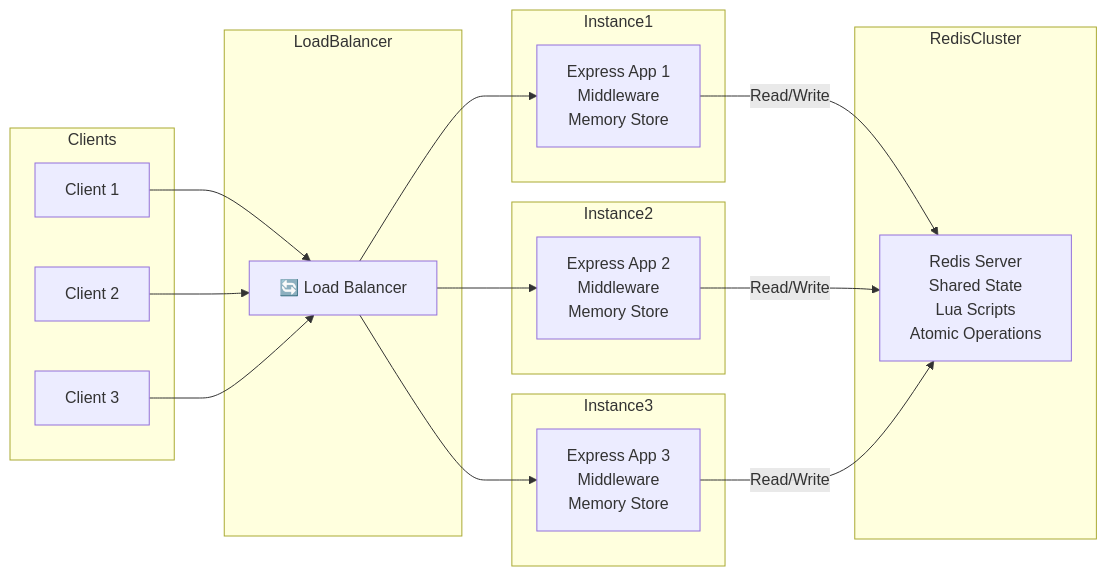
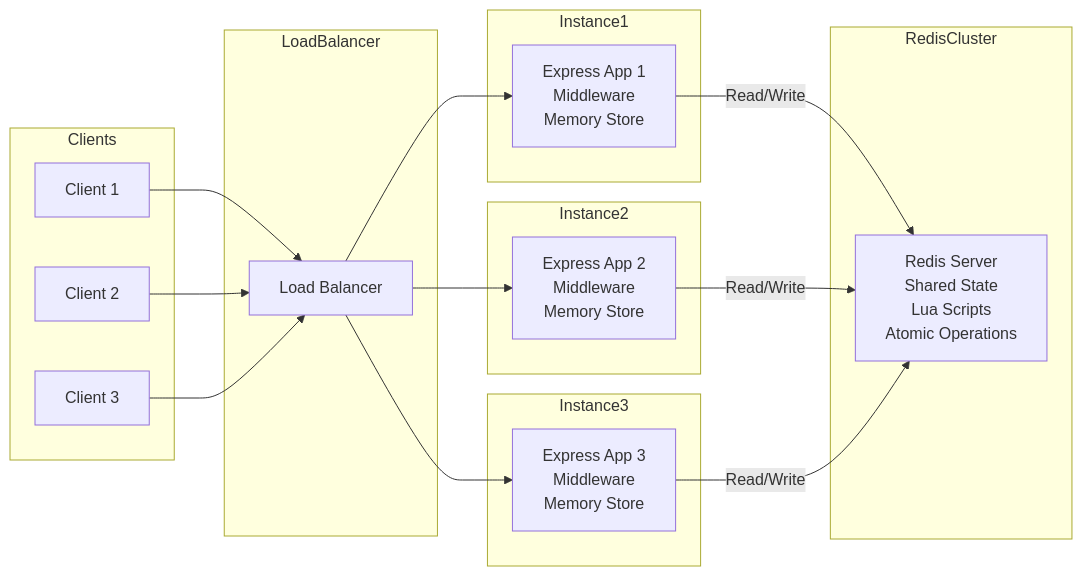
The third of 7 diagrams in diagrams.md (TallamGilbert/rate-limiter-middleware), drawn with Mermaid before and after one commit. The commit also changed other lines of this file, not shown here.

Commit message:
control flow diagram

````diff
--- a/diagrams.md
+++ b/diagrams.md
@@ -47,40 +47,40 @@
 ```mermaid
 flowchart LR
     subgraph Clients
         C1[Client 1]
         C2[Client 2]
         C3[Client 3]
     end
 
     subgraph LoadBalancer
-        LB[🔄 Load Balancer]
+        LB[ Load Balancer]
     end
 
     subgraph Instance1
         I1[Express App 1<br/>Middleware<br/>Memory Store]
     end
 
     subgraph Instance2
         I2[Express App 2<br/>Middleware<br/>Memory Store]
     end
 
     subgraph Instance3
         I3[Express App 3<br/>Middleware<br/>Memory Store]
     end
 
     subgraph RedisCluster
         R[Redis Server<br/>Shared State<br/>Lua Scripts<br/>Atomic Operations]
     end
 
     C1 --> LB
     C2 --> LB
     C3 --> LB
 
     LB --> I1
     LB --> I2
     LB --> I3
 
     I1 -->|Read/Write| R
     I2 -->|Read/Write| R
     I3 -->|Read/Write| R
 ```
````
